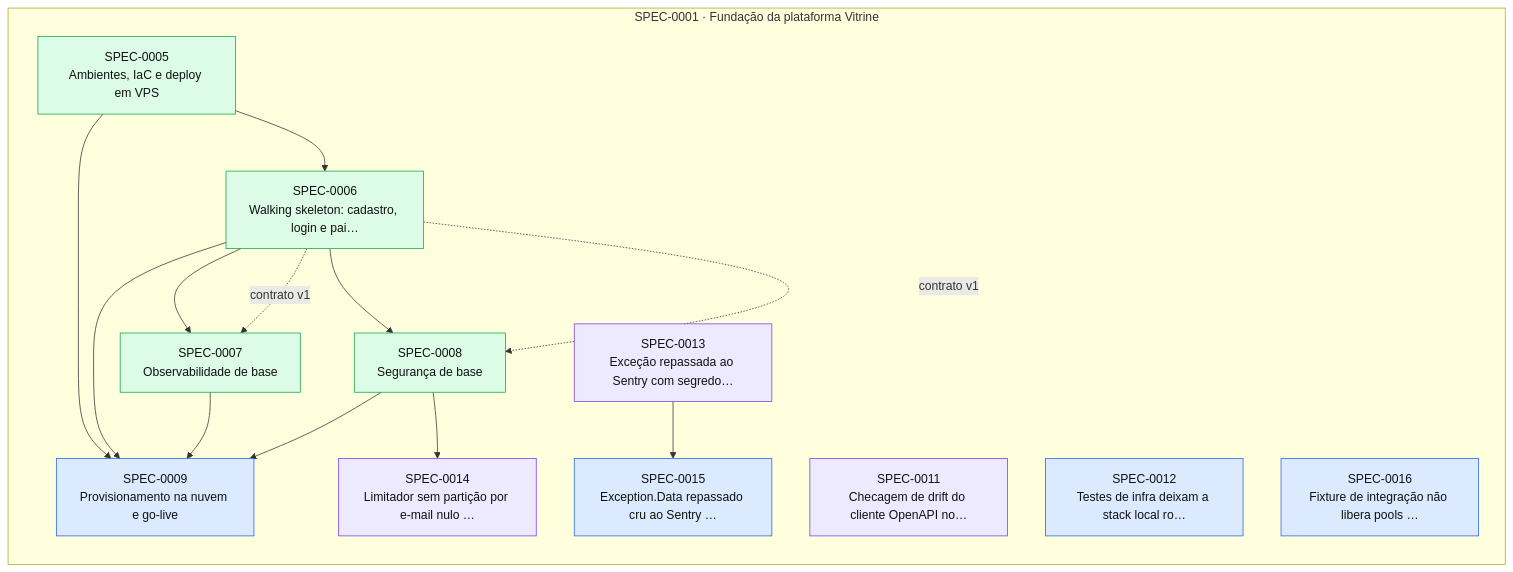
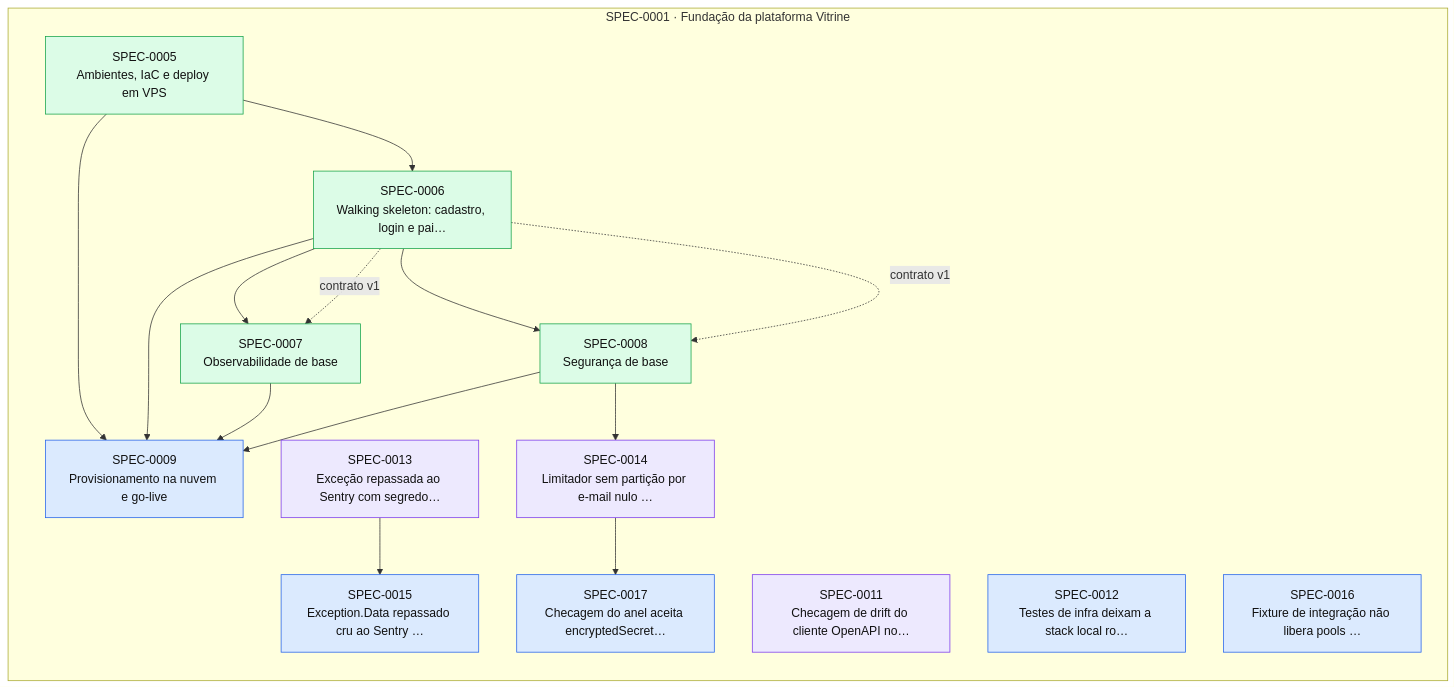
The diagram in docs/specs/INDEX.md (thomasravache/vitrine), drawn with Mermaid before and after one commit. The commit also changed other lines of this file and 3 other files, not shown here.

````diff
--- a/docs/specs/INDEX.md
+++ b/docs/specs/INDEX.md
@@ -62,32 +63,34 @@
 ```mermaid
 flowchart LR
   subgraph E0001["SPEC-0001 · Fundação da plataforma Vitrine"]
     S0005["SPEC-0005<br/>Ambientes, IaC e deploy em VPS"]:::implemented
     S0006["SPEC-0006<br/>Walking skeleton: cadastro, login e pai…"]:::implemented
     S0007["SPEC-0007<br/>Observabilidade de base"]:::implemented
     S0008["SPEC-0008<br/>Segurança de base"]:::implemented
     S0009["SPEC-0009<br/>Provisionamento na nuvem e go-live"]:::approved
     S0011["SPEC-0011<br/>Checagem de drift do cliente OpenAPI no…"]:::inprogress
     S0012["SPEC-0012<br/>Testes de infra deixam a stack local ro…"]:::approved
     S0013["SPEC-0013<br/>Exceção repassada ao Sentry com segredo…"]:::inprogress
     S0014["SPEC-0014<br/>Limitador sem partição por e-mail nulo …"]:::inprogress
     S0015["SPEC-0015<br/>Exception.Data repassado cru ao Sentry …"]:::approved
     S0016["SPEC-0016<br/>Fixture de integração não libera pools …"]:::approved
+    S0017["SPEC-0017<br/>Checagem do anel aceita encryptedSecret…"]:::approved
   end
   S0005 --> S0006
   S0006 --> S0007
   S0006 -. contrato v1 .-> S0007
   S0006 --> S0008
   S0006 -. contrato v1 .-> S0008
   S0005 --> S0009
   S0006 --> S0009
   S0007 --> S0009
   S0008 --> S0009
   S0008 --> S0014
   S0013 --> S0015
+  S0014 --> S0017
   classDef proposed fill:#fef3c7,stroke:#d97706,color:#111
   classDef approved fill:#dbeafe,stroke:#2563eb,color:#111
   classDef inprogress fill:#ede9fe,stroke:#7c3aed,color:#111
   classDef implemented fill:#dcfce7,stroke:#16a34a,color:#111
   classDef deprecated fill:#f3f4f6,stroke:#9ca3af,color:#6b7280
 ```
````
